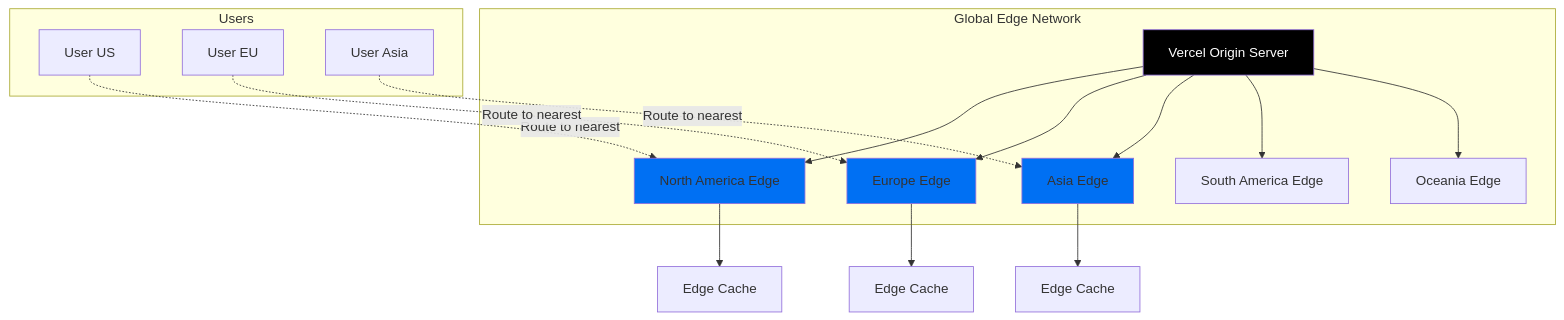
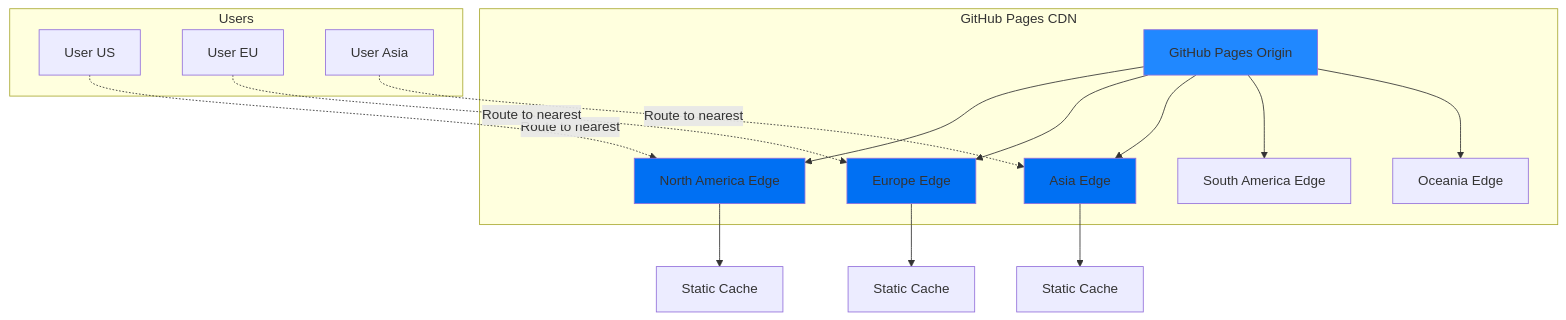
Diagram 14 of 20 in docs/architecture.md (walkthru-earth/walkthru-earth.github.io), drawn with Mermaid before and after one commit. The commit also changed other lines of this file and 4 other files, not shown here.

````diff
--- a/docs/architecture.md
+++ b/docs/architecture.md
@@ -708,37 +799,37 @@
 ```mermaid
 graph TB
-    subgraph "Global Edge Network"
-        Origin[Vercel Origin Server]
+    subgraph "GitHub Pages CDN"
+        Origin[GitHub Pages Origin]
 
         NA[North America Edge]
         EU[Europe Edge]
         ASIA[Asia Edge]
         SA[South America Edge]
         OC[Oceania Edge]
     end
 
     subgraph "Users"
         U1[User US]
         U2[User EU]
         U3[User Asia]
     end
 
     Origin --> NA
     Origin --> EU
     Origin --> ASIA
     Origin --> SA
     Origin --> OC
 
     U1 -.->|Route to nearest| NA
     U2 -.->|Route to nearest| EU
     U3 -.->|Route to nearest| ASIA
 
-    NA --> Cache1[Edge Cache]
-    EU --> Cache2[Edge Cache]
-    ASIA --> Cache3[Edge Cache]
+    NA --> Cache1[Static Cache]
+    EU --> Cache2[Static Cache]
+    ASIA --> Cache3[Static Cache]
 
-    style Origin fill:#000000,color:#ffffff
+    style Origin fill:#2088FF
     style NA fill:#0070f3
     style EU fill:#0070f3
     style ASIA fill:#0070f3
 ```
````
